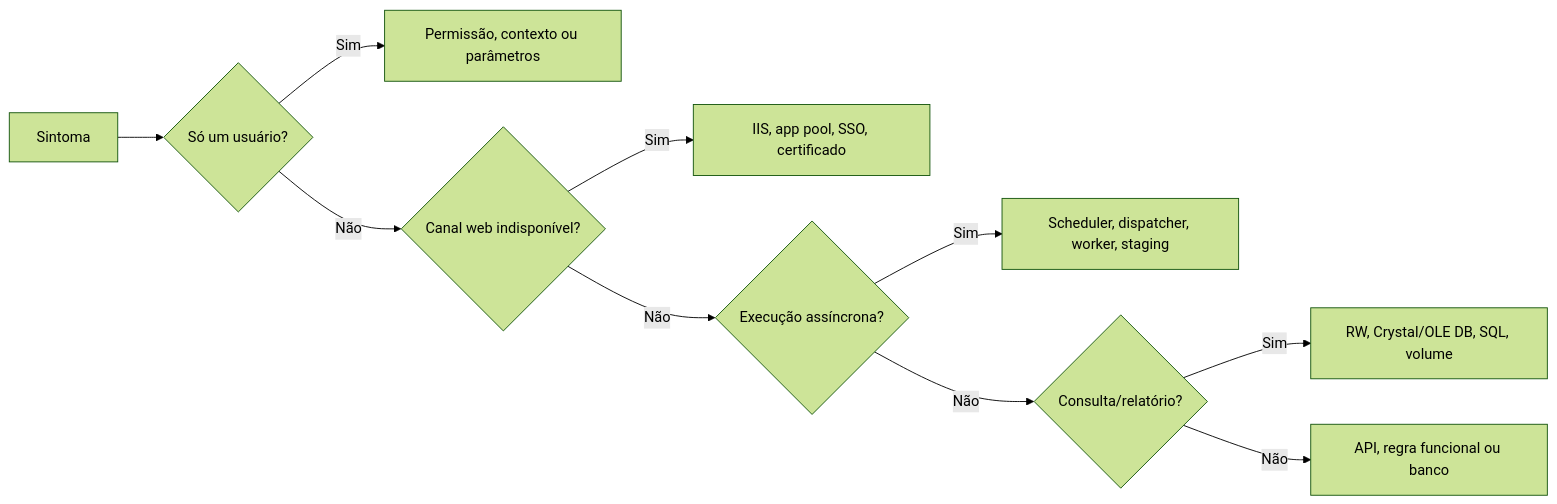
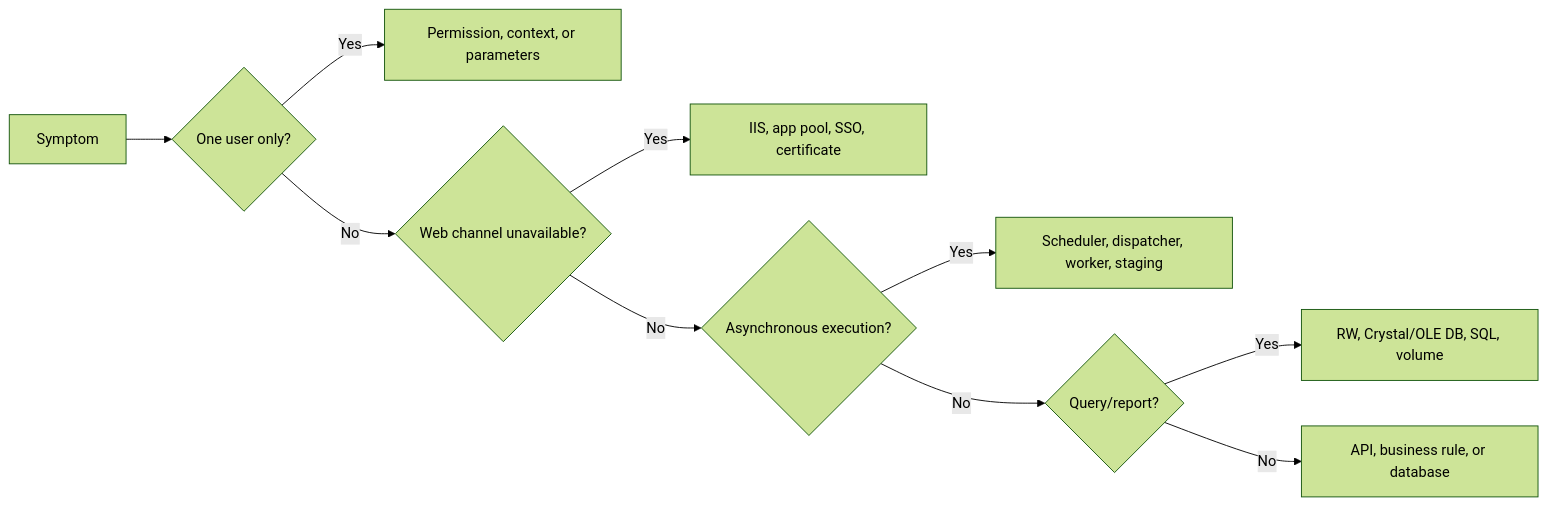
Before and after one commit to msekimoto/investran: the second of 2 diagrams in docs/arquitetura/01-arquitetura-logica.md, drawn with Mermaid (forest theme). The commit also changed other lines of this file and 52 other files, not shown here.

````diff
--- a/docs/arquitetura/01-arquitetura-logica.md
+++ b/docs/arquitetura/01-arquitetura-logica.md
@@ -63,12 +58,12 @@
 ```mermaid
 flowchart LR
-    S[Sintoma] --> Q1{Só um usuário?}
-    Q1 -- Sim --> A[Permissão, contexto ou parâmetros]
-    Q1 -- Não --> Q2{Canal web indisponível?}
-    Q2 -- Sim --> W[IIS, app pool, SSO, certificado]
-    Q2 -- Não --> Q3{Execução assíncrona?}
-    Q3 -- Sim --> P[Scheduler, dispatcher, worker, staging]
-    Q3 -- Não --> Q4{Consulta/relatório?}
-    Q4 -- Sim --> R[RW, Crystal/OLE DB, SQL, volume]
-    Q4 -- Não --> D[API, regra funcional ou banco]
+    S[Symptom] --> Q1{One user only?}
+    Q1 -- Yes --> A[Permission, context, or parameters]
+    Q1 -- No --> Q2{Web channel unavailable?}
+    Q2 -- Yes --> W[IIS, app pool, SSO, certificate]
+    Q2 -- No --> Q3{Asynchronous execution?}
+    Q3 -- Yes --> P[Scheduler, dispatcher, worker, staging]
+    Q3 -- No --> Q4{Query/report?}
+    Q4 -- Yes --> R[RW, Crystal/OLE DB, SQL, volume]
+    Q4 -- No --> D[API, business rule, or database]
 ```
````
